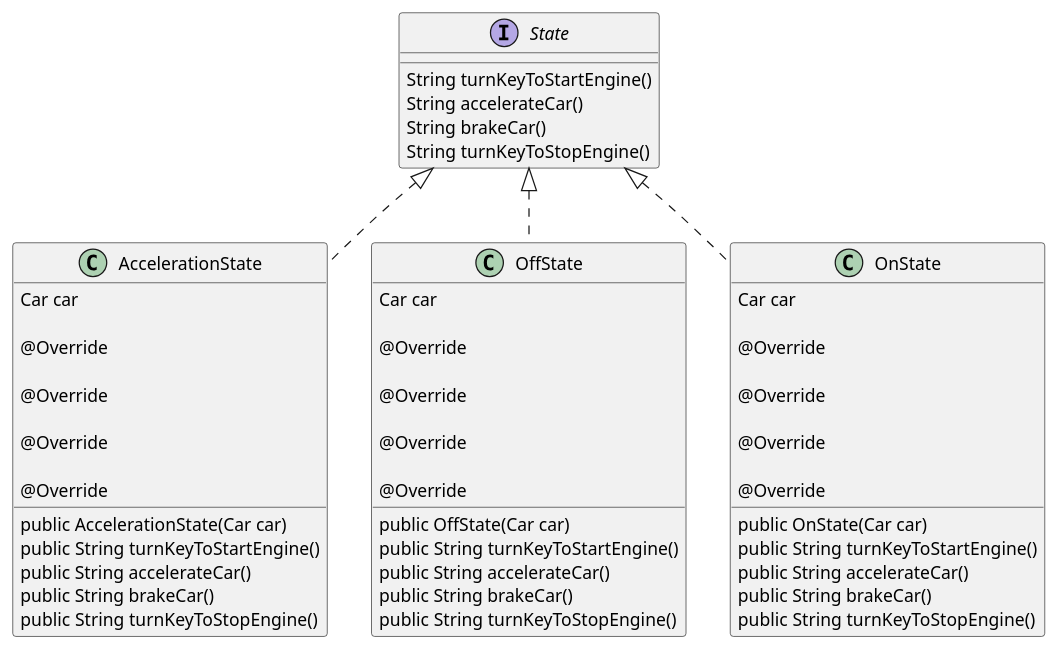
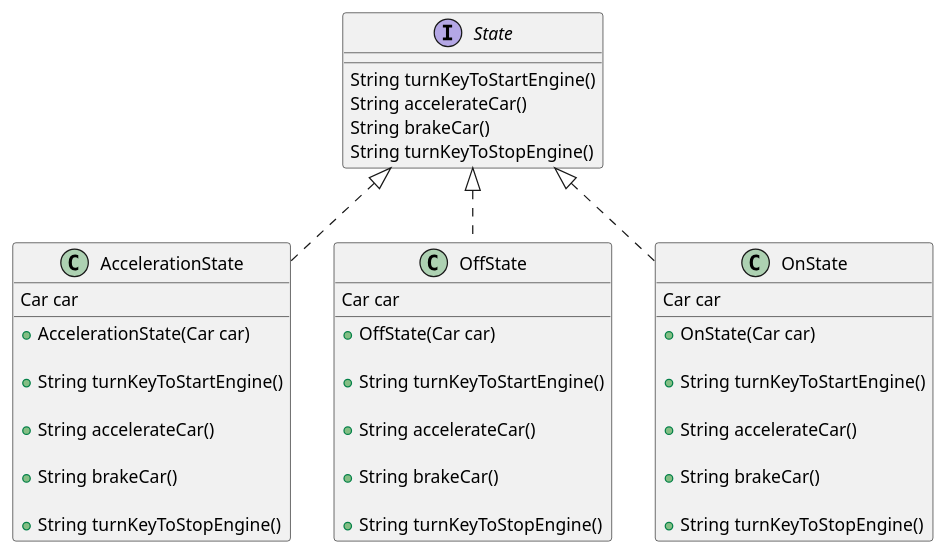
Before and after one commit to 43Carrig/Design_Patterns_Car: the diagram in plantUML/state.puml, drawn with PlantUML. The commit also changed 6 other files, not shown here.

Commit message:
Updated the plantUML editing where necessary.

```diff
--- a/plantUML/state.puml
+++ b/plantUML/state.puml
@@ -1,64 +1,53 @@
 @startuml
 
 class AccelerationState implements State {
 
     Car car
-    public AccelerationState(Car car)
+    + AccelerationState(Car car)
 
-    @Override
-    public String turnKeyToStartEngine()
+    + String turnKeyToStartEngine()
 
-    @Override
-    public String accelerateCar()
+    + String accelerateCar()
 
-    @Override
-    public String brakeCar()
+    + String brakeCar()
 
-    @Override
-    public String turnKeyToStopEngine()
+    + String turnKeyToStopEngine()
 }
 
 class OffState implements State{
 
     Car car
-    public OffState(Car car)
+    + OffState(Car car)
 
-    @Override
-    public String turnKeyToStartEngine()
+    + String turnKeyToStartEngine()
 
-    @Override
-    public String accelerateCar()
+    + String accelerateCar()
 
-    @Override
-    public String brakeCar()
+    + String brakeCar()
 
-    @Override
-    public String turnKeyToStopEngine()
+    + String turnKeyToStopEngine()
 }
 
 class OnState implements State {
 
     Car car
-    public OnState(Car car)
 
-    @Override
-    public String turnKeyToStartEngine()
+    + OnState(Car car)
 
-    @Override
-    public String accelerateCar()
+    + String turnKeyToStartEngine()
 
-    @Override
-    public String brakeCar()
+    + String accelerateCar()
 
-    @Override
-    public String turnKeyToStopEngine()
+    + String brakeCar()
+
+    + String turnKeyToStopEngine()
 }
 
 interface State {
     String turnKeyToStartEngine()
     String accelerateCar()
     String brakeCar()
     String turnKeyToStopEngine()
 }
 
 @enduml
```
